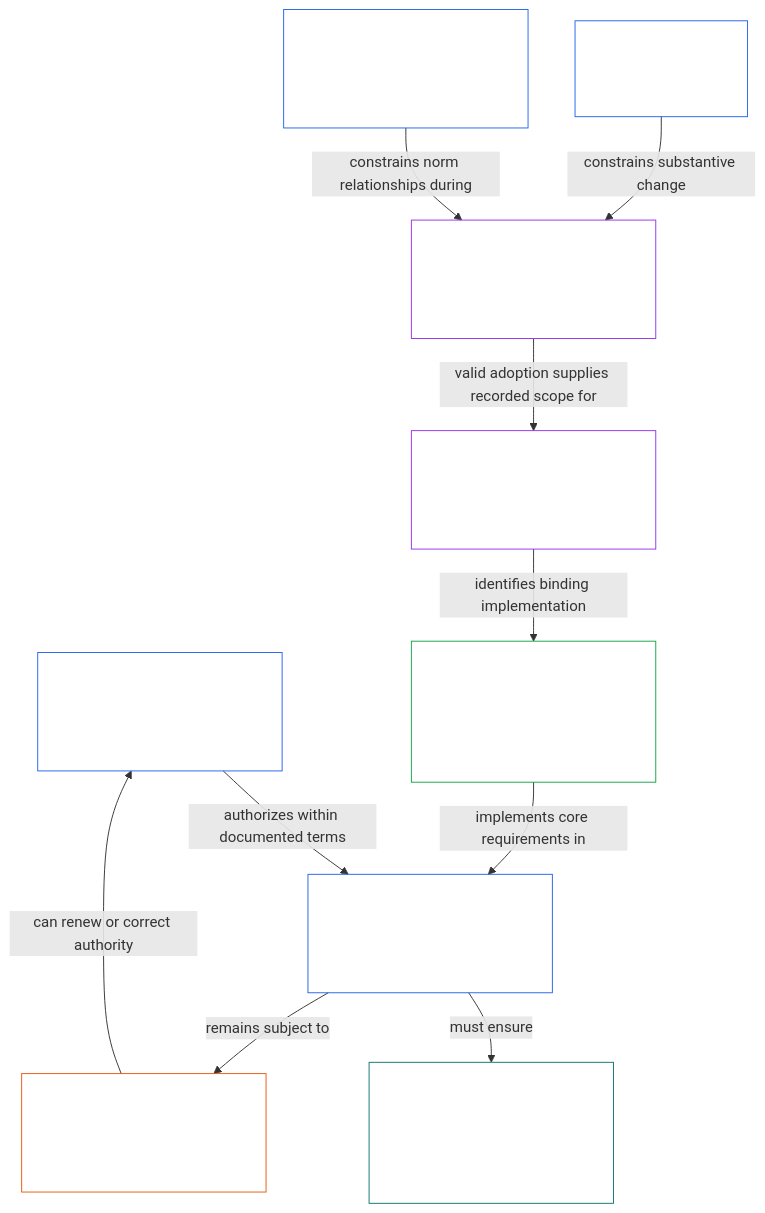
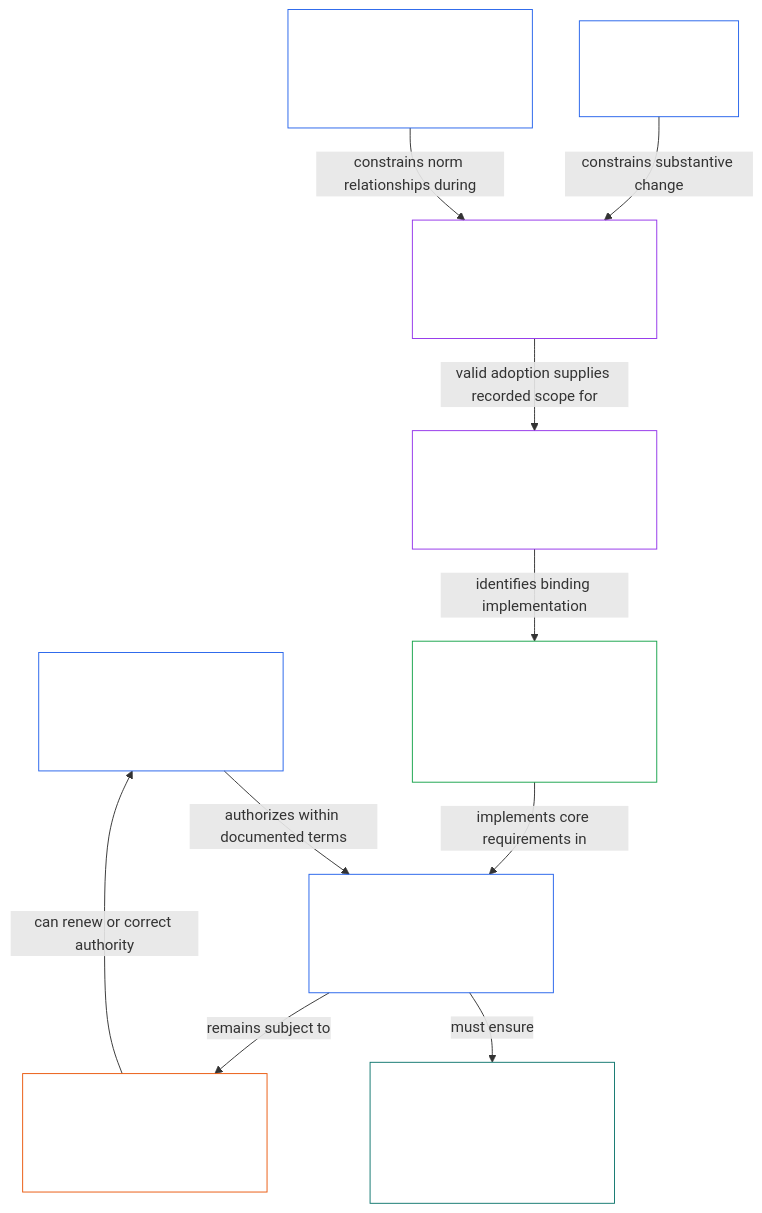
Diagram 21 of 24 in guides/CONCEPTUAL_OVERVIEW.md (kfoelsch/Sentient_Constitution), drawn with Mermaid before and after one commit. The commit also changed other lines of this file and 799 other files, not shown here.

````diff
--- a/guides/CONCEPTUAL_OVERVIEW.md
+++ b/guides/CONCEPTUAL_OVERVIEW.md
@@ -1015,30 +1019,30 @@
 ```mermaid
 flowchart TB
-    A["Chapter Thirteen<br/><br/>Documented legitimacy mechanism"]
+    A["Chapter Fourteen<br/><br/>Documented legitimacy mechanism"]
     G["Authorized governing roles<br/><br/>Stated scope, limits and competent stewards"]
     P["Participation inside authorized systems<br/><br/>Voice and challenge paths for affected sentients"]
     R["Contestation, correction<br/><br/>and reauthorization where applicable"]
-    N["Chapter Fourteen<br/><br/>Non-regression"]
-    H["Chapter Fifteen<br/><br/>Supremacy within scope and external-law relations"]
-    U["Chapter Sixteen<br/><br/>Amendment, ratification and adoption procedures"]
-    B["Chapter Seventeen<br/><br/>Incorporation, edition and custody"]
+    N["Chapter Fifteen<br/><br/>Non-regression"]
+    H["Chapter Sixteen<br/><br/>Supremacy within scope and external-law relations"]
+    U["Chapter Seventeen<br/><br/>Amendment, ratification and adoption procedures"]
+    B["Chapter Eighteen<br/><br/>Incorporation, edition and custody"]
     I["Adopted implementation obligations<br/><br/>Systems · Institutions · Forums · Joint structure"]
     A -->|authorizes within documented terms| G
     G -->|must ensure| P
     G -->|remains subject to| R
     R -->|can renew or correct authority| A
     N -->|constrains substantive change| U
     H -->|constrains norm relationships during| U
     U -->|valid adoption supplies recorded scope for| B
     B -->|identifies binding implementation| I
     I -->|implements core requirements in| G
     style A fill:none,stroke:#2563eb,color:#ffffff
     style G fill:none,stroke:#2563eb,color:#ffffff
     style P fill:none,stroke:#0f766e,color:#ffffff
     style R fill:none,stroke:#ea580c,color:#ffffff
     style N fill:none,stroke:#2563eb,color:#ffffff
     style H fill:none,stroke:#2563eb,color:#ffffff
     style U fill:none,stroke:#9333ea,color:#ffffff
     style B fill:none,stroke:#9333ea,color:#ffffff
     style I fill:none,stroke:#16a34a,color:#ffffff
 ```
````
